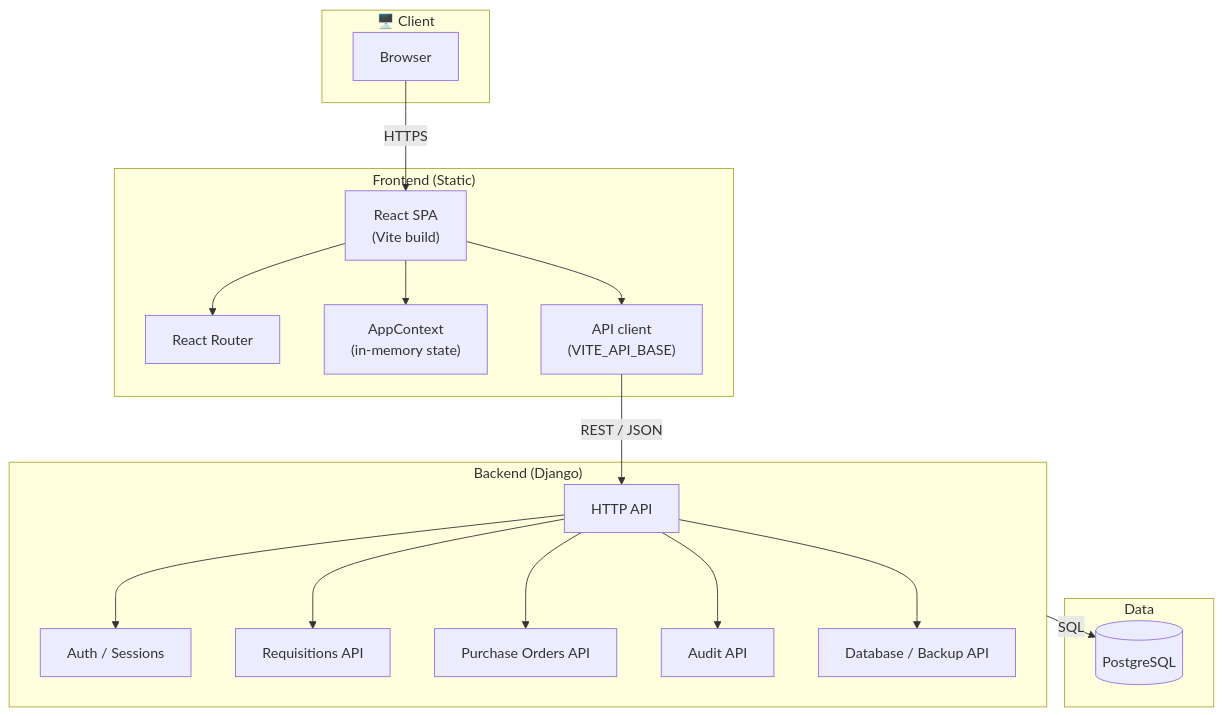
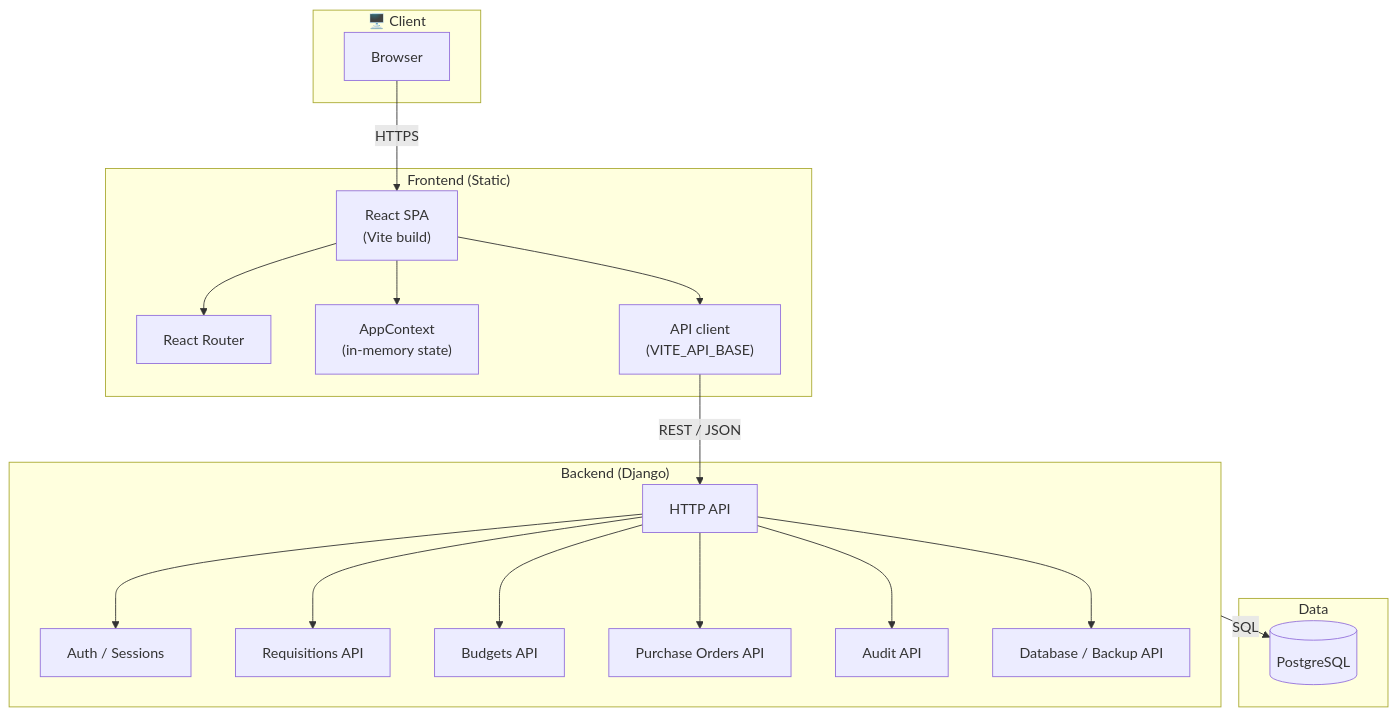
The first of 5 diagrams in docs/ARCHITECTURE.md (PG-rUNTIME/MARS-IRS), drawn with Mermaid before and after one commit. The commit also changed other lines of this file and 37 other files, not shown here.

````diff
--- a/docs/ARCHITECTURE.md
+++ b/docs/ARCHITECTURE.md
@@ -9,30 +9,31 @@
 ```mermaid
 flowchart TB
   subgraph Client["🖥️ Client"]
     Browser["Browser"]
   end
 
   subgraph Frontend["Frontend (Static)"]
     SPA["React SPA\n(Vite build)"]
     SPA --> Router["React Router"]
     SPA --> Context["AppContext\n(in-memory state)"]
     SPA --> API["API client\n(VITE_API_BASE)"]
   end
 
   subgraph Backend["Backend (Django)"]
     API_GW["HTTP API"]
     API_GW --> Auth["Auth / Sessions"]
     API_GW --> ReqAPI["Requisitions API"]
+    API_GW --> BudgetAPI["Budgets API"]
     API_GW --> POAPI["Purchase Orders API"]
     API_GW --> AuditAPI["Audit API"]
     API_GW --> DBAPI["Database / Backup API"]
   end
 
   subgraph Data["Data"]
     PG[("PostgreSQL")]
   end
 
   Browser -->|HTTPS| SPA
   API -->|REST / JSON| API_GW
   Backend -->|SQL| PG
 ```
````
